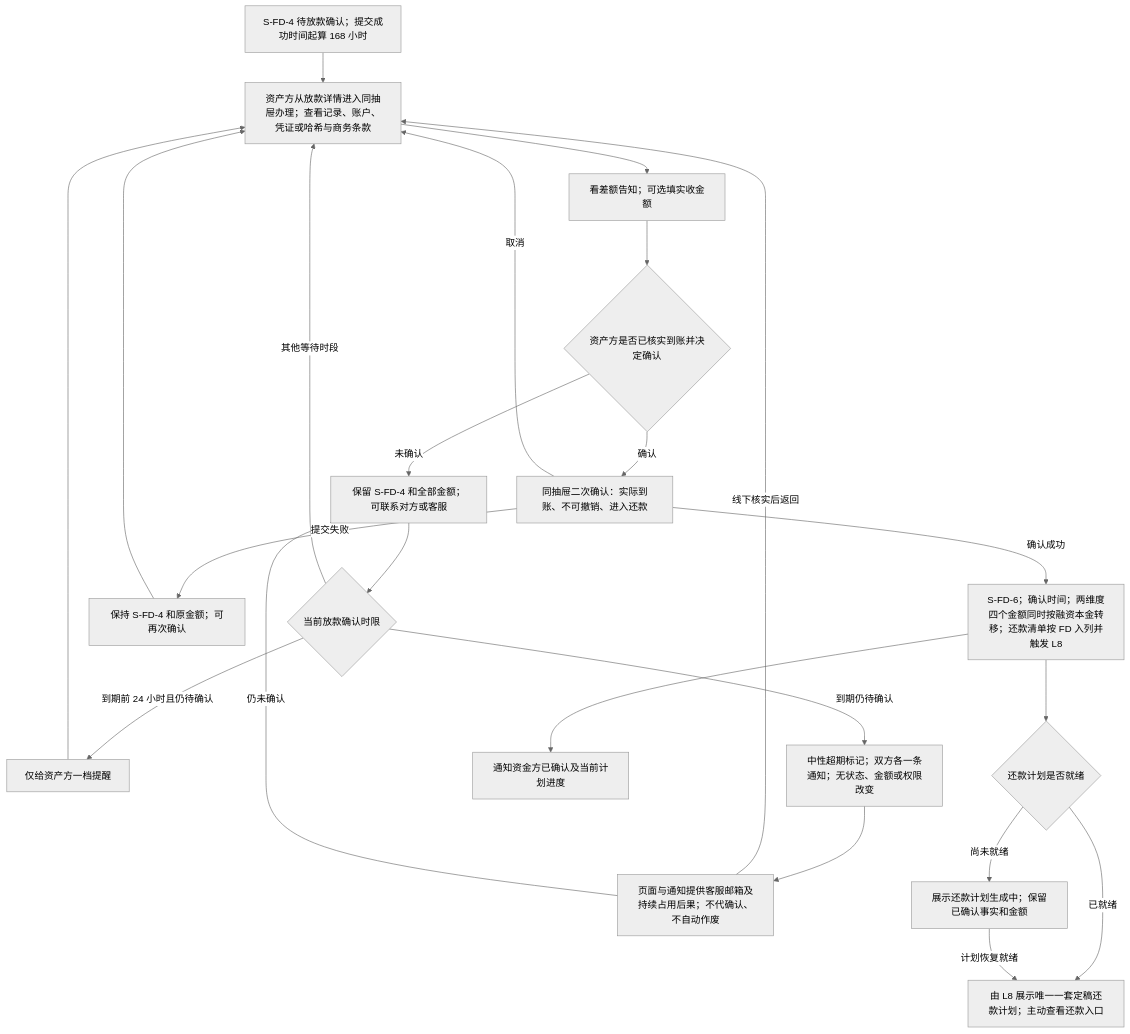
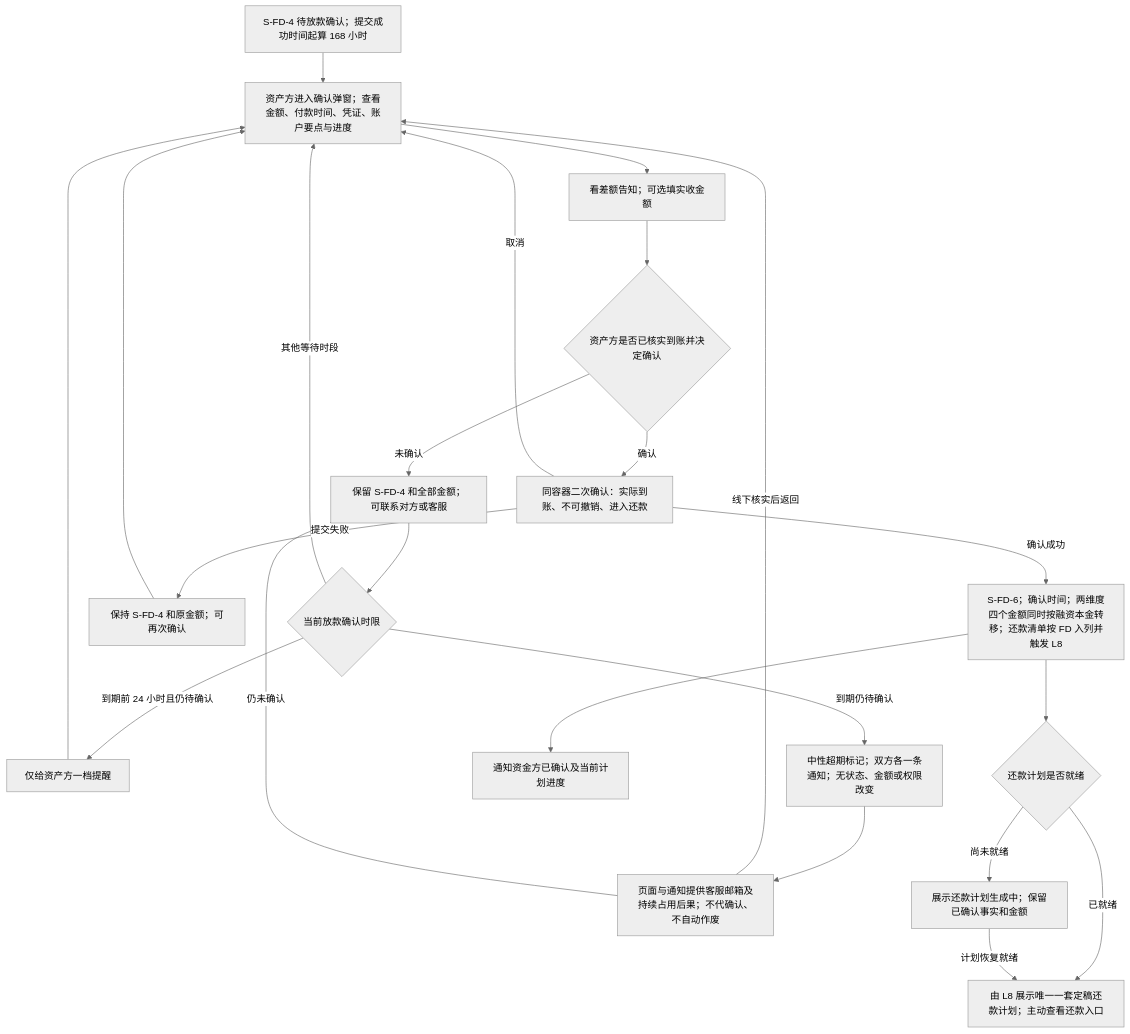
One commit to wxblockchain/Chain-Financing changed the fourth of 6 diagrams in lending-platform/PRD/v1.0-借贷广场-放款与放款确认/v1.0-借贷广场-放款与放款确认-流程图与状态机.md. Above: the diagram before and after it, drawn with Mermaid (neutral theme). The commit also changed other lines of this file and 2 other files, not shown here.

````diff
--- a/lending-platform/PRD/v1.0-借贷广场-放款与放款确认/v1.0-借贷广场-放款与放款确认-流程图与状态机.md
+++ b/lending-platform/PRD/v1.0-借贷广场-放款与放款确认/v1.0-借贷广场-放款与放款确认-流程图与状态机.md
@@ -112,25 +108,25 @@
 ```mermaid
 flowchart TD
-  A[S-FD-4 待放款确认；提交成功时间起算 168 小时] --> B[资产方从放款详情进入同抽屉办理；查看记录、账户、凭证或哈希与商务条款]
+  A[S-FD-4 待放款确认；提交成功时间起算 168 小时] --> B[资产方进入确认弹窗；查看金额、付款时间、凭证、账户要点与进度]
   B --> C[看差额告知；可选填实收金额]
   C --> D{资产方是否已核实到账并决定确认}
   D -->|未确认| E[保留 S-FD-4 和全部金额；可联系对方或客服]
   E --> F{当前放款确认时限}
   F -->|到期前 24 小时且仍待确认| G[仅给资产方一档提醒]
   F -->|到期仍待确认| H[中性超期标记；双方各一条通知；无状态、金额或权限改变]
   F -->|其他等待时段| B
   G --> B
   H --> I[页面与通知提供客服邮箱及持续占用后果；不代确认、不自动作废]
   I -->|线下核实后返回| B
   I -->|仍未确认| E
-  D -->|确认| J[同抽屉二次确认：实际到账、不可撤销、进入还款]
+  D -->|确认| J[同容器二次确认：实际到账、不可撤销、进入还款]
   J -->|取消| B
   J -->|提交失败| K[保持 S-FD-4 和原金额；可再次确认]
   K --> B
   J -->|确认成功| L[S-FD-6；确认时间；两维度四个金额同时按融资本金转移；还款清单按 FD 入列并触发 L8]
   L --> M[通知资金方已确认及当前计划进度]
   L --> N{还款计划是否就绪}
   N -->|已就绪| O[由 L8 展示唯一一套定稿还款计划；主动查看还款入口]
   N -->|尚未就绪| P[展示还款计划生成中；保留已确认事实和金额]
   P -->|计划恢复就绪| O
 ```
````
